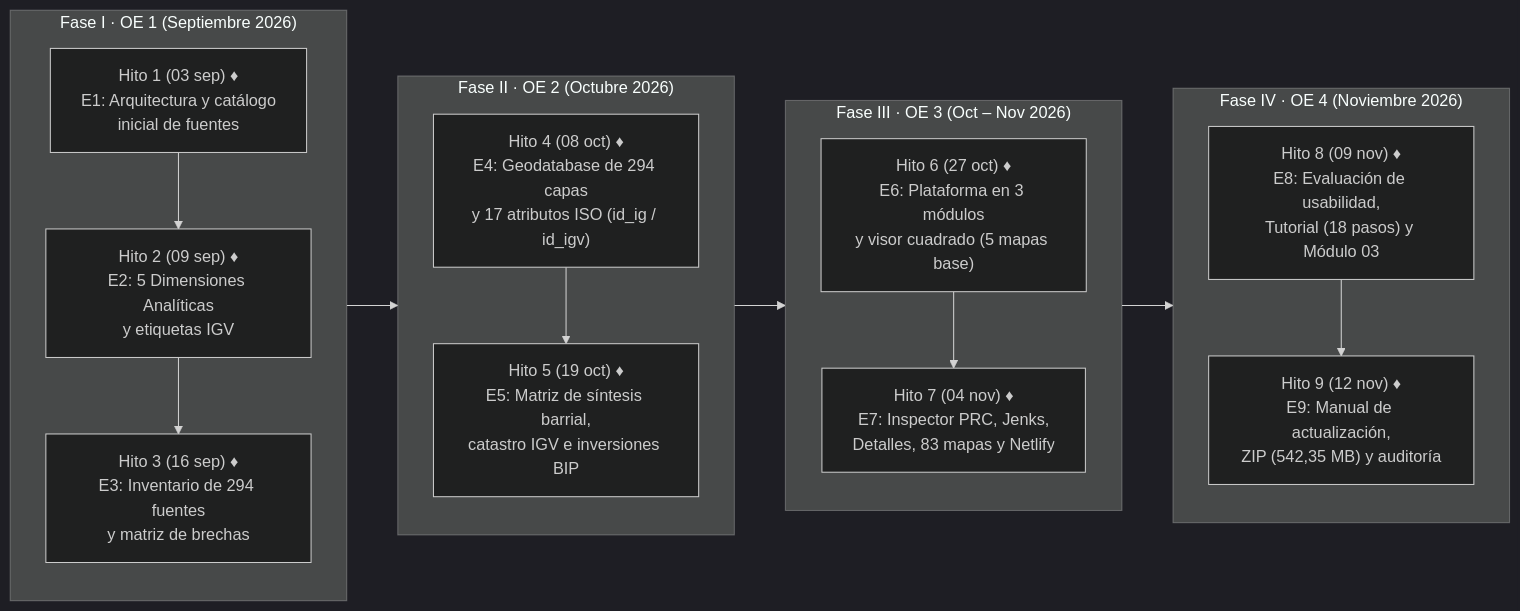
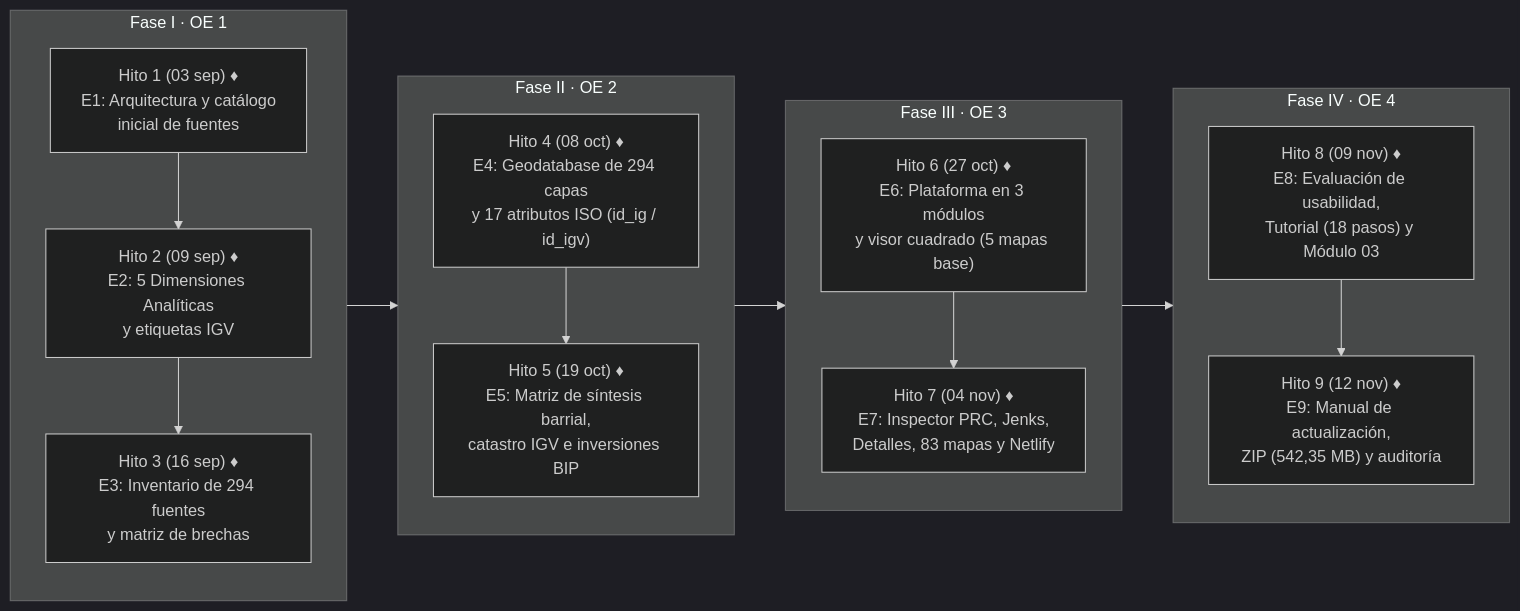
One commit to GEOJOTA/atlas-vgi-barrio-brasil changed the fourth of 7 diagrams in src/docs/MANUAL_ACTUALIZACION_ATLAS.md. Above: the diagram before and after it, drawn with Mermaid (dark theme). The commit also changed other lines of this file and 13 other files, not shown here.

````diff
--- a/src/docs/MANUAL_ACTUALIZACION_ATLAS.md
+++ b/src/docs/MANUAL_ACTUALIZACION_ATLAS.md
@@ -232,20 +157,20 @@
 ```mermaid
 flowchart LR
-    subgraph F1["Fase I · OE 1 (Septiembre 2026)"]
+    subgraph F1["Fase I · OE 1"]
         H1["Hito 1 (03 sep) ♦\nE1: Arquitectura y catálogo\ninicial de fuentes"] --> H2["Hito 2 (09 sep) ♦\nE2: 5 Dimensiones Analíticas\ny etiquetas IGV"] --> H3["Hito 3 (16 sep) ♦\nE3: Inventario de 294 fuentes\ny matriz de brechas"]
     end
 
-    subgraph F2["Fase II · OE 2 (Octubre 2026)"]
+    subgraph F2["Fase II · OE 2"]
         H4["Hito 4 (08 oct) ♦\nE4: Geodatabase de 294 capas\ny 17 atributos ISO (id_ig / id_igv)"] --> H5["Hito 5 (19 oct) ♦\nE5: Matriz de síntesis barrial,\ncatastro IGV e inversiones BIP"]
     end
 
-    subgraph F3["Fase III · OE 3 (Oct – Nov 2026)"]
+    subgraph F3["Fase III · OE 3"]
         H6["Hito 6 (27 oct) ♦\nE6: Plataforma en 3 módulos\ny visor cuadrado (5 mapas base)"] --> H7["Hito 7 (04 nov) ♦\nE7: Inspector PRC, Jenks,\nDetalles, 83 mapas y Netlify"]
     end
 
-    subgraph F4["Fase IV · OE 4 (Noviembre 2026)"]
+    subgraph F4["Fase IV · OE 4"]
         H8["Hito 8 (09 nov) ♦\nE8: Evaluación de usabilidad,\nTutorial (18 pasos) y Módulo 03"] --> H9["Hito 9 (12 nov) ♦\nE9: Manual de actualización,\nZIP (542,35 MB) y auditoría"]
     end
 
     F1 --> F2 --> F3 --> F4
 ```
````
